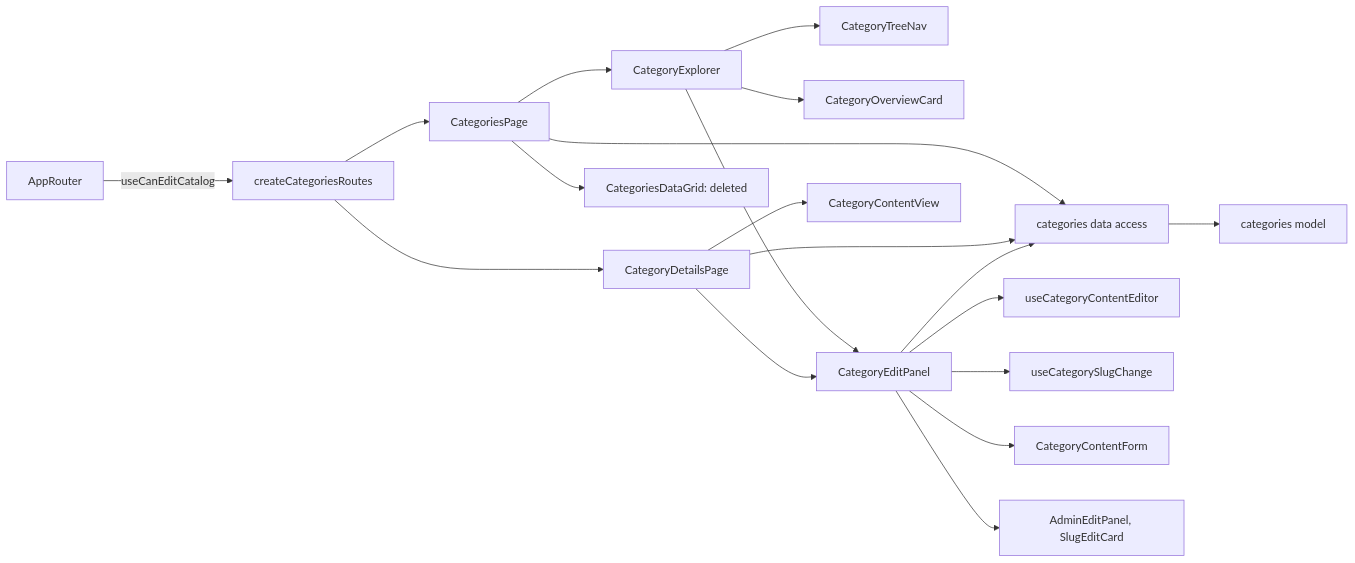
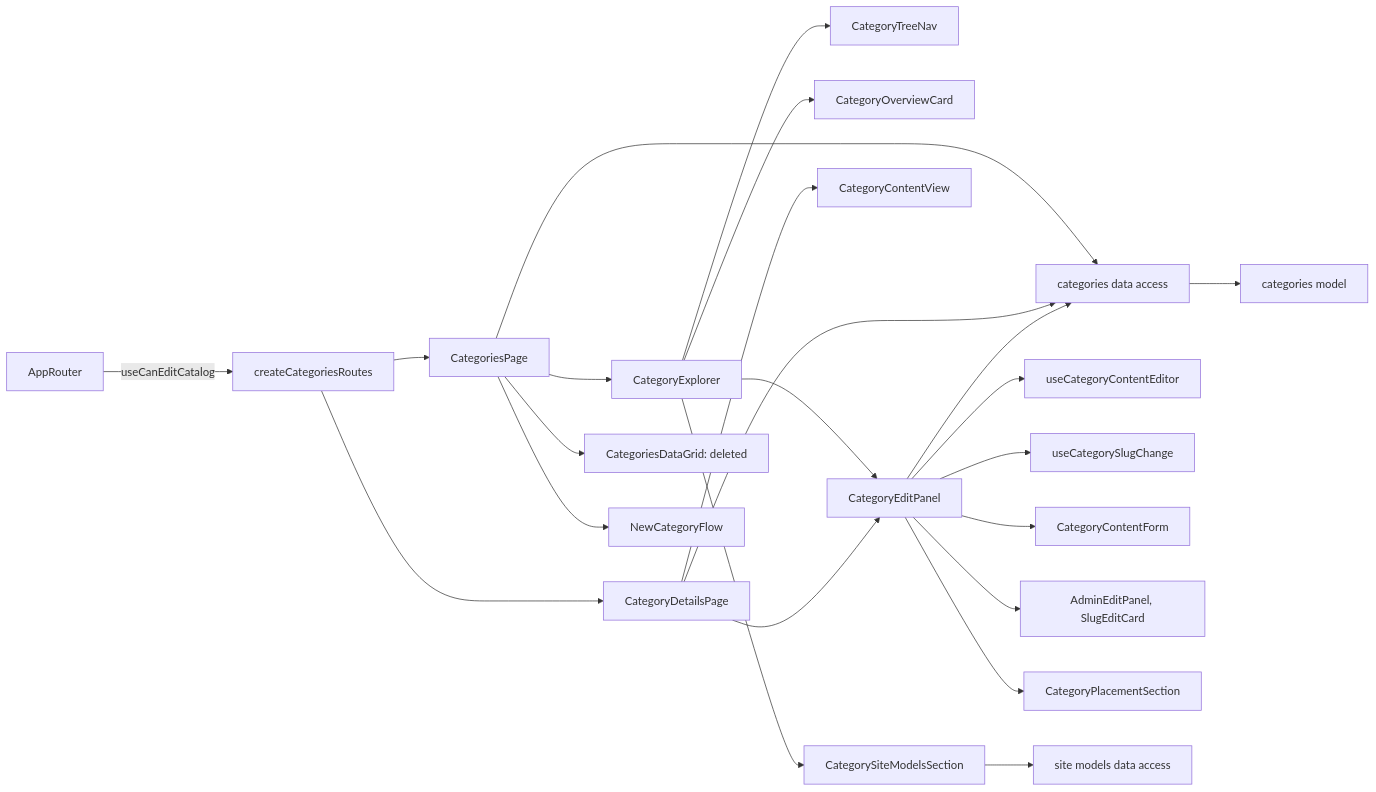
The diagram in docs/features/admin/categories.md (Weretik/kedr-web), drawn with Mermaid before and after one commit. The commit also changed other lines of this file and 77 other files, not shown here.

````diff
--- a/docs/features/admin/categories.md
+++ b/docs/features/admin/categories.md
@@ -12,21 +13,25 @@
 ```mermaid
 flowchart LR
     App[AppRouter] -->|useCanEditCatalog| Routes[createCategoriesRoutes]
     Routes --> List[CategoriesPage]
     Routes --> Detail[CategoryDetailsPage]
     List --> Api[categories data access]
     Detail --> Api
     List --> Explorer[CategoryExplorer]
     Explorer --> Tree[CategoryTreeNav]
     Explorer --> Overview[CategoryOverviewCard]
     Explorer --> Panel[CategoryEditPanel]
     Detail --> Panel
     Panel --> Api
     Panel --> Editor[useCategoryContentEditor]
     Panel --> Slug[useCategorySlugChange]
     Api --> Model[categories model]
     List --> Grid[CategoriesDataGrid: deleted]
     Panel --> Content[CategoryContentForm]
     Detail --> View[CategoryContentView]
     Panel --> Shared[AdminEditPanel, SlugEditCard]
+    Panel --> Place[CategoryPlacementSection]
+    List --> New[NewCategoryFlow]
+    Explorer --> Models[CategorySiteModelsSection]
+    Models --> SiteModels[site models data access]
 ```
````
